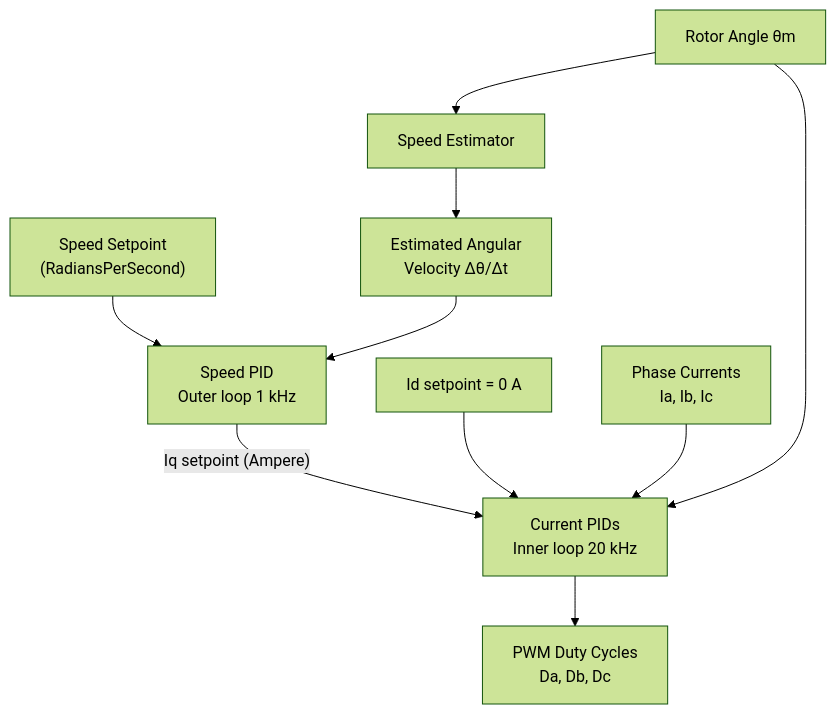
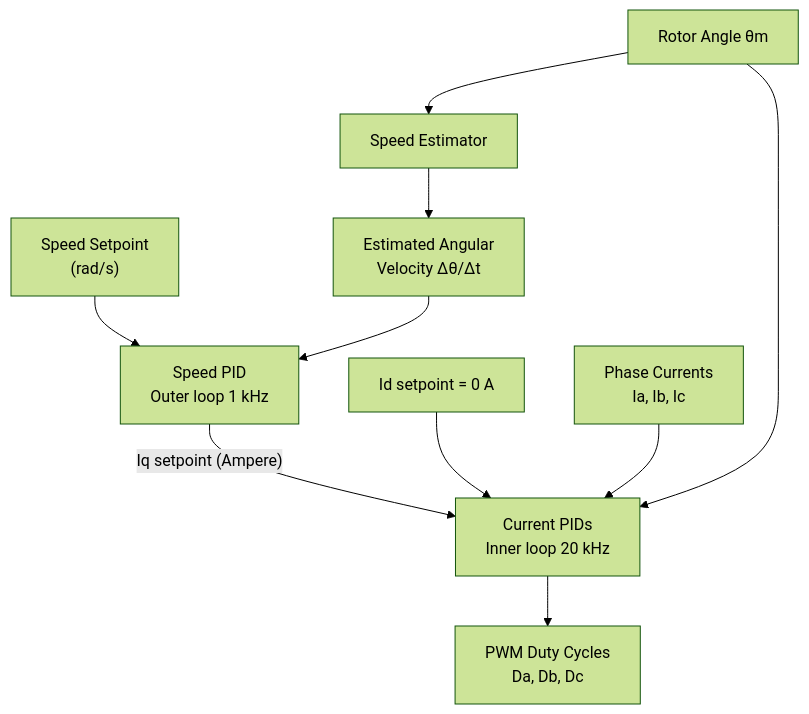
One commit to embedded-pro/e-foc changed the first of 5 diagrams in documentation/design/foc-speed.md. Above: the diagram before and after it, drawn with Mermaid (forest theme). The commit also changed other lines of this file and 37 other files, not shown here.

````diff
--- a/documentation/design/foc-speed.md
+++ b/documentation/design/foc-speed.md
@@ -55,12 +55,12 @@
 ```mermaid
 graph TB
-    SP["Speed Setpoint\n(RadiansPerSecond)"] --> SPID["Speed PID\nOuter loop 1 kHz"]
+    SP["Speed Setpoint\n(rad/s)"] --> SPID["Speed PID\nOuter loop 1 kHz"]
     AV["Estimated Angular\nVelocity Δθ/Δt"] --> SPID
     SPID -->|"Iq setpoint (Ampere)"| CPID["Current PIDs\nInner loop 20 kHz"]
     ZERO["Id setpoint = 0 A"] --> CPID
     PHASES["Phase Currents\nIa, Ib, Ic"] --> CPID
     ANGLE["Rotor Angle θm"] --> CPID
     ANGLE --> VEL["Speed Estimator"]
     VEL --> AV
     CPID --> DUTY["PWM Duty Cycles\nDa, Db, Dc"]
 ```
````
